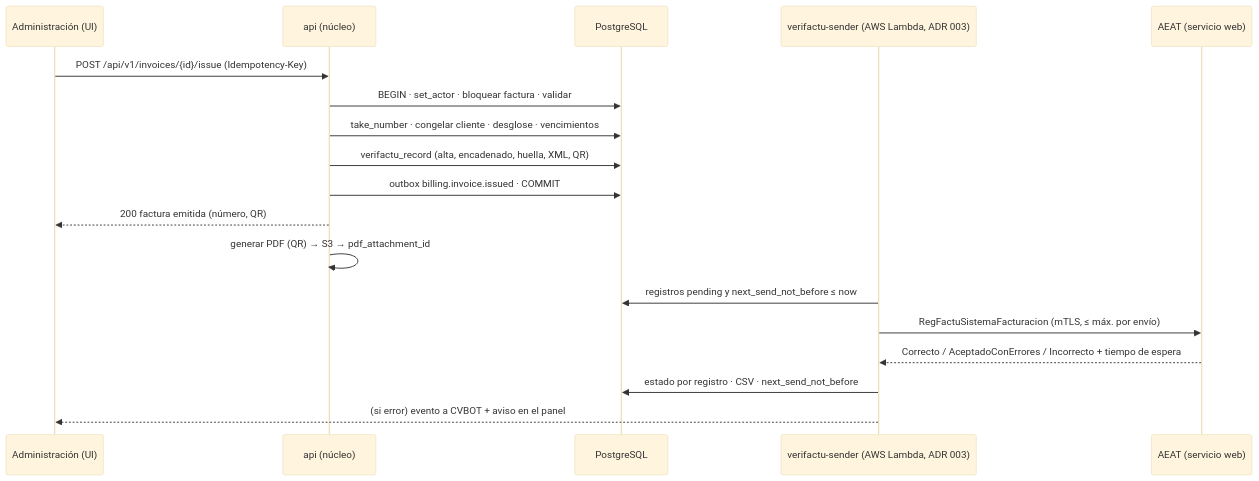
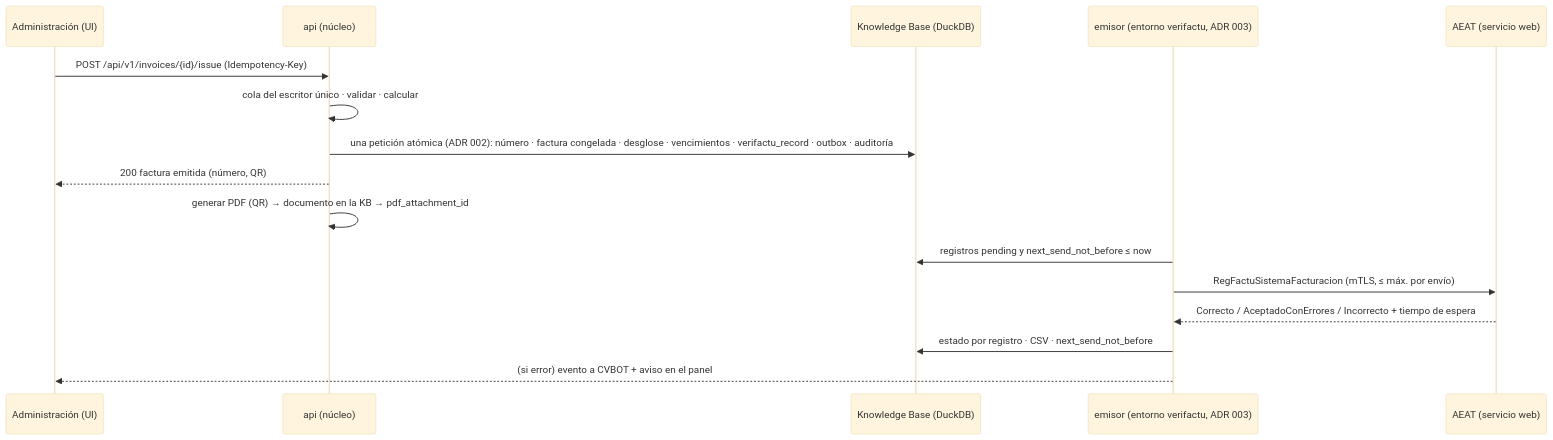
The second of 2 diagrams in docs/07-arquitectura.md (pedrolivaresanchez/winecore), drawn with Mermaid (base theme) before and after one commit. The commit also changed other lines of this file and 13 other files, not shown here.

First line of the commit message:
Spec v2: todo en Timbal sin AWS y Verifactu fuera del camino crítico

````diff
--- a/docs/07-arquitectura.md
+++ b/docs/07-arquitectura.md
@@ -144,20 +140,18 @@
 ```mermaid
 sequenceDiagram
   participant U as Administración (UI)
   participant A as api (núcleo)
-  participant D as PostgreSQL
-  participant J as verifactu-sender (AWS Lambda, ADR 003)
+  participant D as Knowledge Base (DuckDB)
+  participant J as emisor (entorno verifactu, ADR 003)
   participant T as AEAT (servicio web)
   U->>A: POST /api/v1/invoices/{id}/issue (Idempotency-Key)
-  A->>D: BEGIN · set_actor · bloquear factura · validar
-  A->>D: take_number · congelar cliente · desglose · vencimientos
-  A->>D: verifactu_record (alta, encadenado, huella, XML, QR)
-  A->>D: outbox billing.invoice.issued · COMMIT
+  A->>A: cola del escritor único · validar · calcular
+  A->>D: una petición atómica (ADR 002): número · factura congelada · desglose · vencimientos · verifactu_record · outbox · auditoría
   A-->>U: 200 factura emitida (número, QR)
-  A->>A: generar PDF (QR) → S3 → pdf_attachment_id
+  A->>A: generar PDF (QR) → documento en la KB → pdf_attachment_id
   J->>D: registros pending y next_send_not_before ≤ now
   J->>T: RegFactuSistemaFacturacion (mTLS, ≤ máx. por envío)
   T-->>J: Correcto / AceptadoConErrores / Incorrecto + tiempo de espera
   J->>D: estado por registro · CSV · next_send_not_before
   J-->>U: (si error) evento a CVBOT + aviso en el panel
 ```
````
